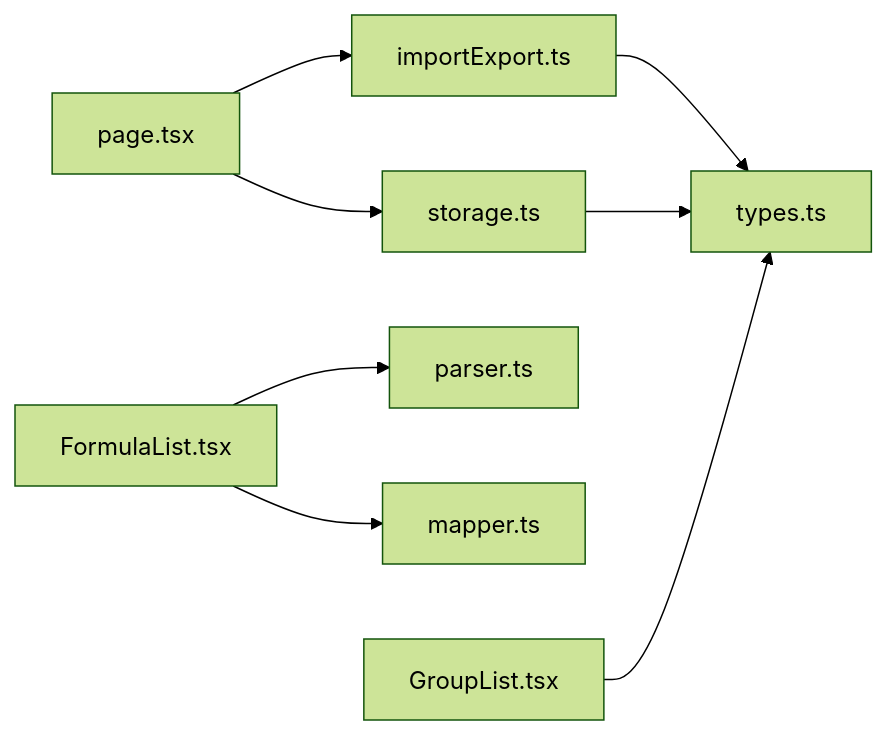
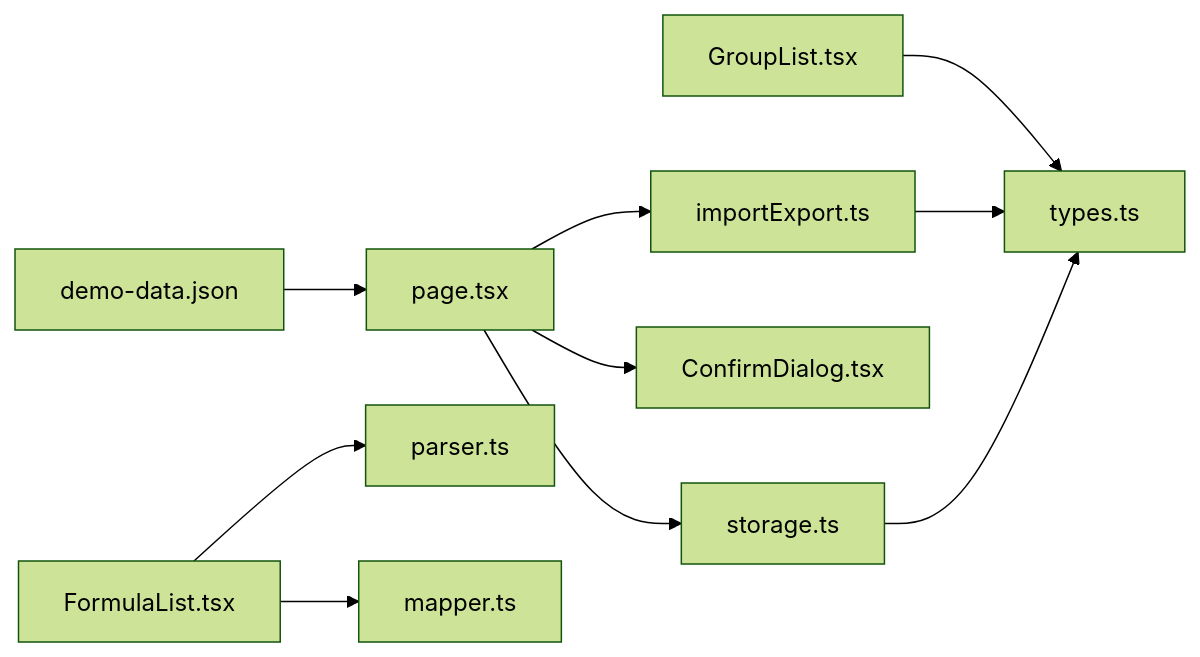
Before and after one commit to steveyu2/formula-mapper: the third of 3 diagrams in .qoder/repowiki/zh/content/用户指南/数据管理/数据导入.md, drawn with Mermaid (forest theme). The commit also changed other lines of this file and 4 other files, not shown here.

````diff
--- a/.qoder/repowiki/zh/content/用户指南/数据管理/数据导入.md
+++ b/.qoder/repowiki/zh/content/用户指南/数据管理/数据导入.md
@@ -198,10 +259,12 @@
 ```mermaid
 graph LR
 A["page.tsx"] --> B["importExport.ts"]
 A --> C["storage.ts"]
-D["FormulaList.tsx"] --> E["parser.ts"]
-D --> F["mapper.ts"]
-G["GroupList.tsx"] --> H["types.ts"]
-B --> H
-C --> H
+A --> D["ConfirmDialog.tsx"]
+E["FormulaList.tsx"] --> F["parser.ts"]
+E --> G["mapper.ts"]
+H["GroupList.tsx"] --> I["types.ts"]
+B --> I
+C --> I
+J["demo-data.json"] --> A
 ```
````
